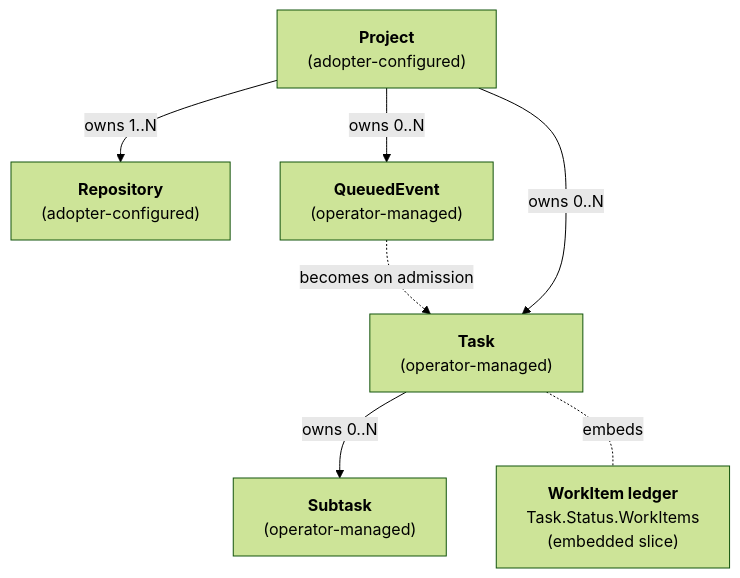
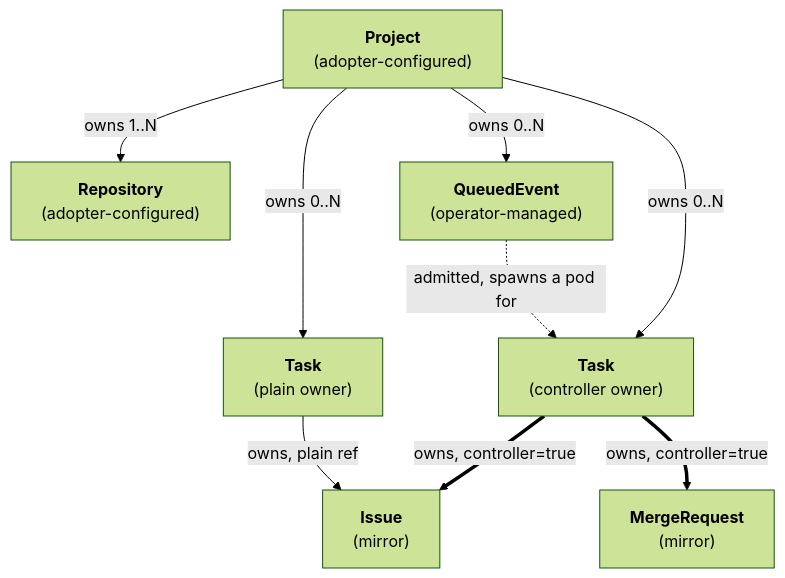
Before and after one commit to szymonrychu/tatara-documentation: the first of 2 diagrams in docs/reference/index.md, drawn with Mermaid (forest theme). The commit also changed other lines of this file and 63 other files, not shown here.

First line of the commit message:
feat!: document the task-centric architecture (Issue/MergeRequest CRs, stage machine, operator merge) (#19)

````diff
--- a/docs/reference/index.md
+++ b/docs/reference/index.md
@@ -48,16 +47,19 @@
 ```mermaid
 graph TD
     P["<b>Project</b><br/>(adopter-configured)"]
     R["<b>Repository</b><br/>(adopter-configured)"]
     QE["<b>QueuedEvent</b><br/>(operator-managed)"]
-    T["<b>Task</b><br/>(operator-managed)"]
-    ST["<b>Subtask</b><br/>(operator-managed)"]
-    WI["<b>WorkItem ledger</b><br/>Task.Status.WorkItems<br/>(embedded slice)"]
+    T1["<b>Task</b><br/>(controller owner)"]
+    T2["<b>Task</b><br/>(plain owner)"]
+    I["<b>Issue</b><br/>(mirror)"]
+    MR["<b>MergeRequest</b><br/>(mirror)"]
 
     P -->|"owns 1..N"| R
     P -->|"owns 0..N"| QE
-    QE -.->|"becomes on admission"| T
-    P -->|"owns 0..N"| T
-    T -->|"owns 0..N"| ST
-    T -.-|"embeds"| WI
+    P -->|"owns 0..N"| T1
+    P -->|"owns 0..N"| T2
+    QE -.->|"admitted, spawns a pod for"| T1
+    T1 ==>|"owns, controller=true"| I
+    T2 -->|"owns, plain ref"| I
+    T1 ==>|"owns, controller=true"| MR
 ```
````
